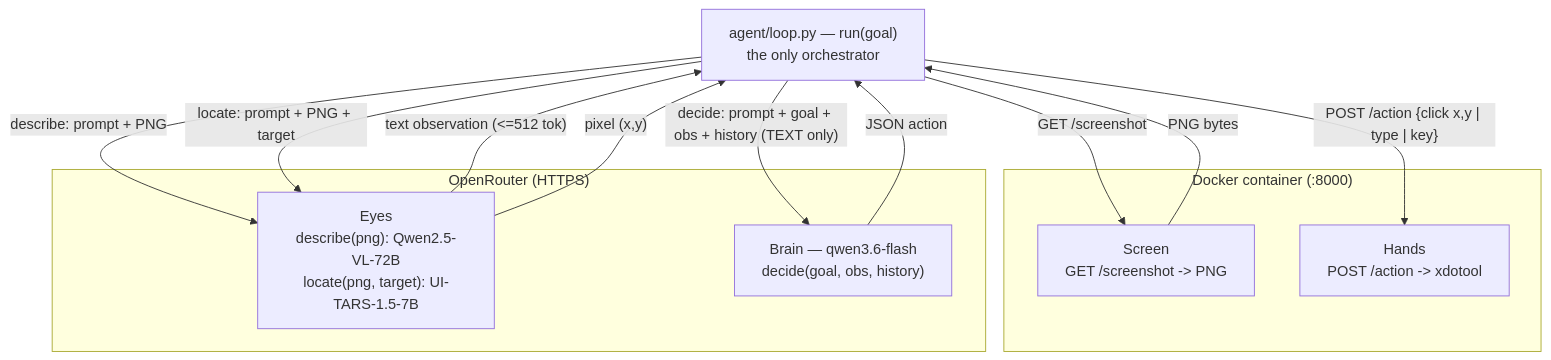
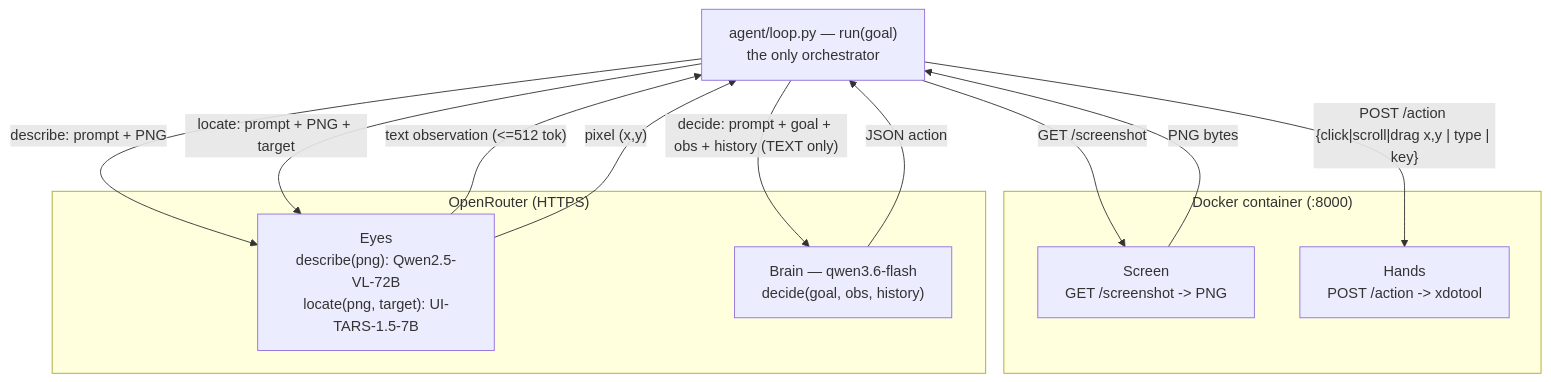
The first of 3 diagrams in docs/agent-loop-flow.md (alvseek/BRYES), drawn with Mermaid before and after one commit. The commit also changed other lines of this file and 7 other files, not shown here.

First line of the commit message:
Hands: full natural pointer set (double_click/right_click/hover/scroll/drag) + audit

````diff
--- a/docs/agent-loop-flow.md
+++ b/docs/agent-loop-flow.md
@@ -39,24 +39,24 @@
 ```mermaid
 graph TD
     Loop["agent/loop.py — run(goal)<br/>the only orchestrator"]
 
     subgraph container["Docker container (:8000)"]
         Screen["Screen<br/>GET /screenshot -> PNG"]
         Hands["Hands<br/>POST /action -> xdotool"]
     end
 
     subgraph openrouter["OpenRouter (HTTPS)"]
         Eyes["Eyes<br/>describe(png): Qwen2.5-VL-72B<br/>locate(png, target): UI-TARS-1.5-7B"]
         Brain["Brain — qwen3.6-flash<br/>decide(goal, obs, history)"]
     end
 
     Loop -->|"GET /screenshot"| Screen
     Screen -->|"PNG bytes"| Loop
     Loop -->|"describe: prompt + PNG"| Eyes
     Eyes -->|"text observation (<=512 tok)"| Loop
     Loop -->|"decide: prompt + goal + obs + history (TEXT only)"| Brain
     Brain -->|"JSON action"| Loop
     Loop -->|"locate: prompt + PNG + target"| Eyes
     Eyes -->|"pixel (x,y)"| Loop
-    Loop -->|"POST /action {click x,y | type | key}"| Hands
+    Loop -->|"POST /action {click|scroll|drag x,y | type | key}"| Hands
 ```
````
